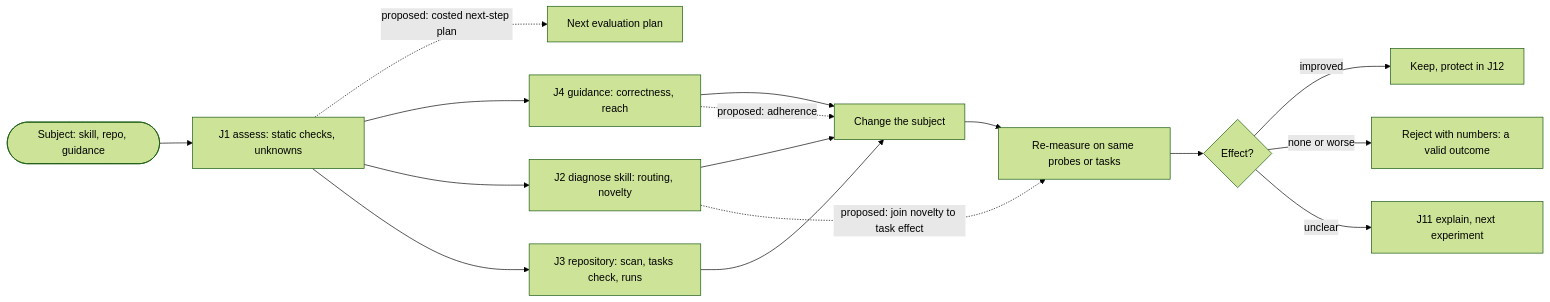
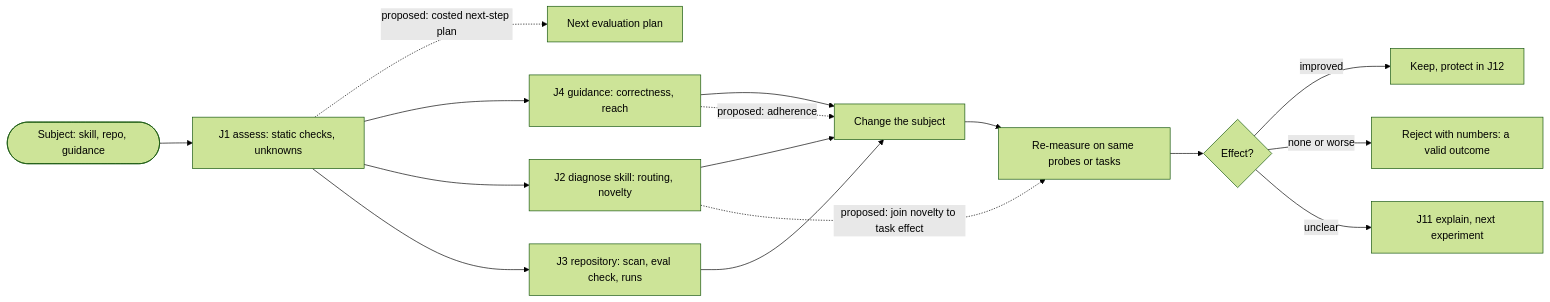
Before and after one commit to intel/dokimi: the first of 6 diagrams in dokimi/docs/user-journeys/flow-map.md, drawn with Mermaid (forest theme). The commit also changed 115 other files, not shown here.

````diff
--- a/dokimi/docs/user-journeys/flow-map.md
+++ b/dokimi/docs/user-journeys/flow-map.md
@@ -18,18 +18,18 @@
 ```mermaid
 flowchart LR
     start([Subject: skill, repo, guidance]) --> J1[J1 assess: static checks, unknowns]
     J1 -. proposed: costed next-step plan .-> plan[Next evaluation plan]
     J1 --> J4[J4 guidance: correctness, reach]
     J1 --> J2[J2 diagnose skill: routing, novelty]
-    J1 --> J3[J3 repository: scan, tasks check, runs]
+    J1 --> J3[J3 repository: scan, eval check, runs]
     J2 --> change[Change the subject]
     J4 --> change
     J3 --> change
     change --> remeasure[Re-measure on same probes or tasks]
     remeasure --> decide{Effect?}
     decide -->|improved| keep[Keep, protect in J12]
     decide -->|none or worse| reject[Reject with numbers: a valid outcome]
     decide -->|unclear| J11[J11 explain, next experiment]
     J2 -. proposed: join novelty to task effect .-> remeasure
     J4 -. proposed: adherence .-> change
 ```
````
